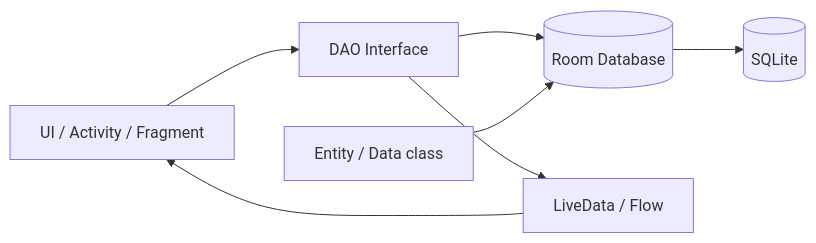
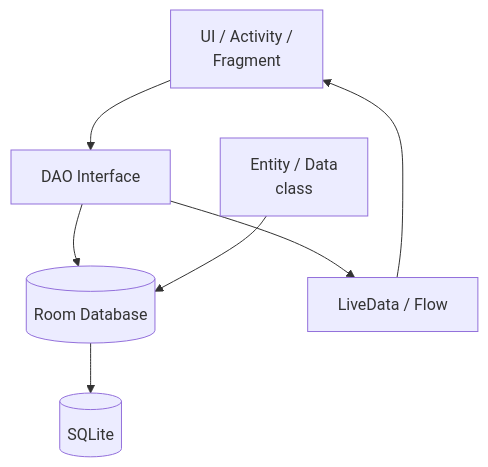
The second of 2 diagrams in 02-Semester-VI/CS-357-MJ-T-Android-Programming/Unit-3.md (amitdevx/TY), drawn with Mermaid before and after one commit. The commit also changed 65 other files, not shown here.

Commit message:
fix:graph vertical

````diff
--- a/02-Semester-VI/CS-357-MJ-T-Android-Programming/Unit-3.md
+++ b/02-Semester-VI/CS-357-MJ-T-Android-Programming/Unit-3.md
@@ -331,9 +331,9 @@
 ```mermaid
-graph LR
-    UI[UI / Activity / Fragment] --> DAO
+graph TD
+    UI[UI / Activity /<br/>Fragment] --> DAO
     DAO[DAO Interface] --> DB[(Room Database)]
     DB --> SQLite[(SQLite)]
-    E[Entity / Data class] --> DB
+    E[Entity / Data<br/>class] --> DB
     LD[LiveData / Flow] --> UI
     DAO --> LD
 ```
````
